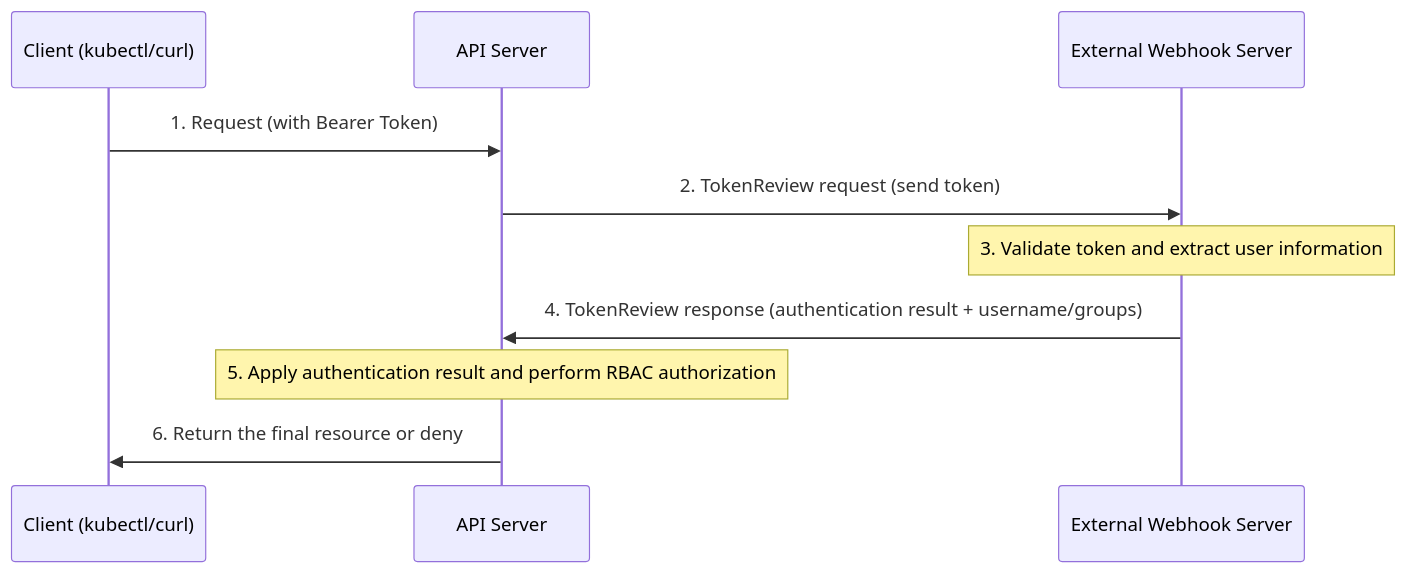
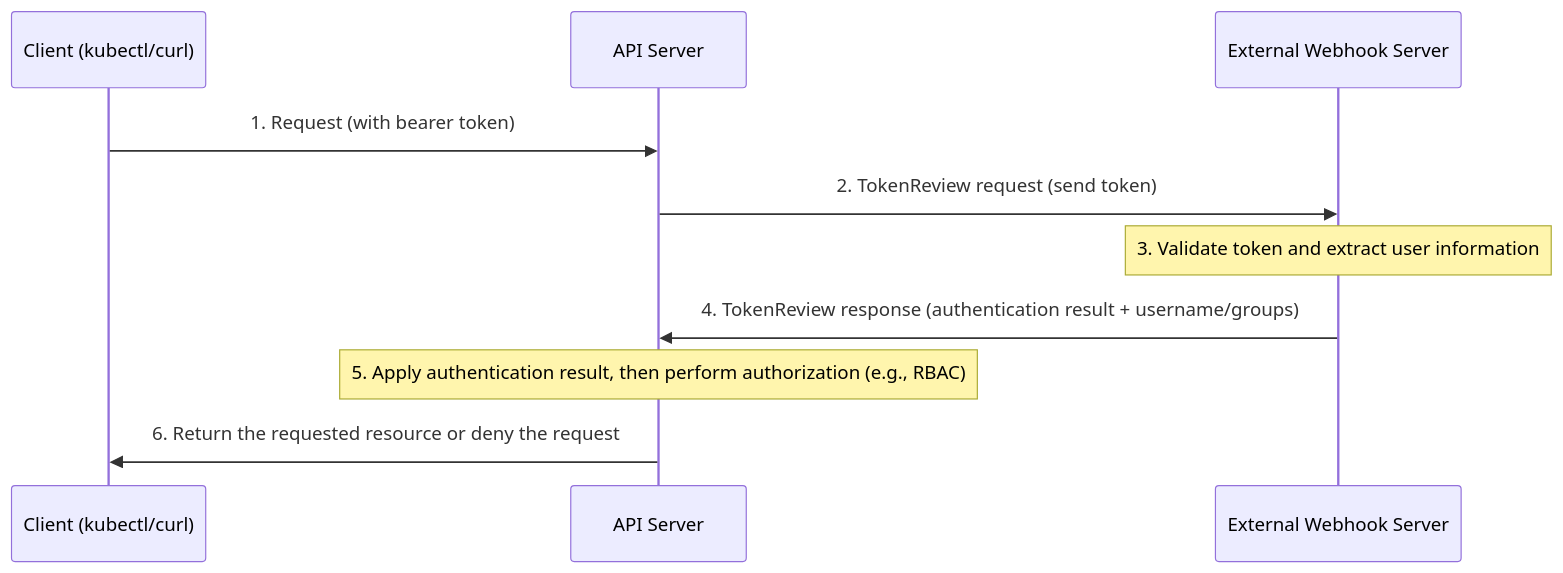
Before and after one commit to jeonck/k8s-adv: the diagram in content/security/04-implementation/33-webhook-token-auth-concept.md, drawn with Mermaid. The commit also changed other lines of this file and 53 other files, not shown here.

````diff
--- a/content/security/04-implementation/33-webhook-token-auth-concept.md
+++ b/content/security/04-implementation/33-webhook-token-auth-concept.md
@@ -27,13 +27,13 @@
 ```mermaid
 sequenceDiagram
     participant C as Client (kubectl/curl)
     participant A as API Server
     participant W as External Webhook Server
     
-    C->>A: 1. Request (with Bearer Token)
+    C->>A: 1. Request (with bearer token)
     A->>W: 2. TokenReview request (send token)
     Note over W: 3. Validate token and extract user information
     W->>A: 4. TokenReview response (authentication result + username/groups)
-    Note over A: 5. Apply authentication result and perform RBAC authorization
-    A->>C: 6. Return the final resource or deny
+    Note over A: 5. Apply authentication result, then perform authorization (e.g., RBAC)
+    A->>C: 6. Return the requested resource or deny the request
 ```
````
